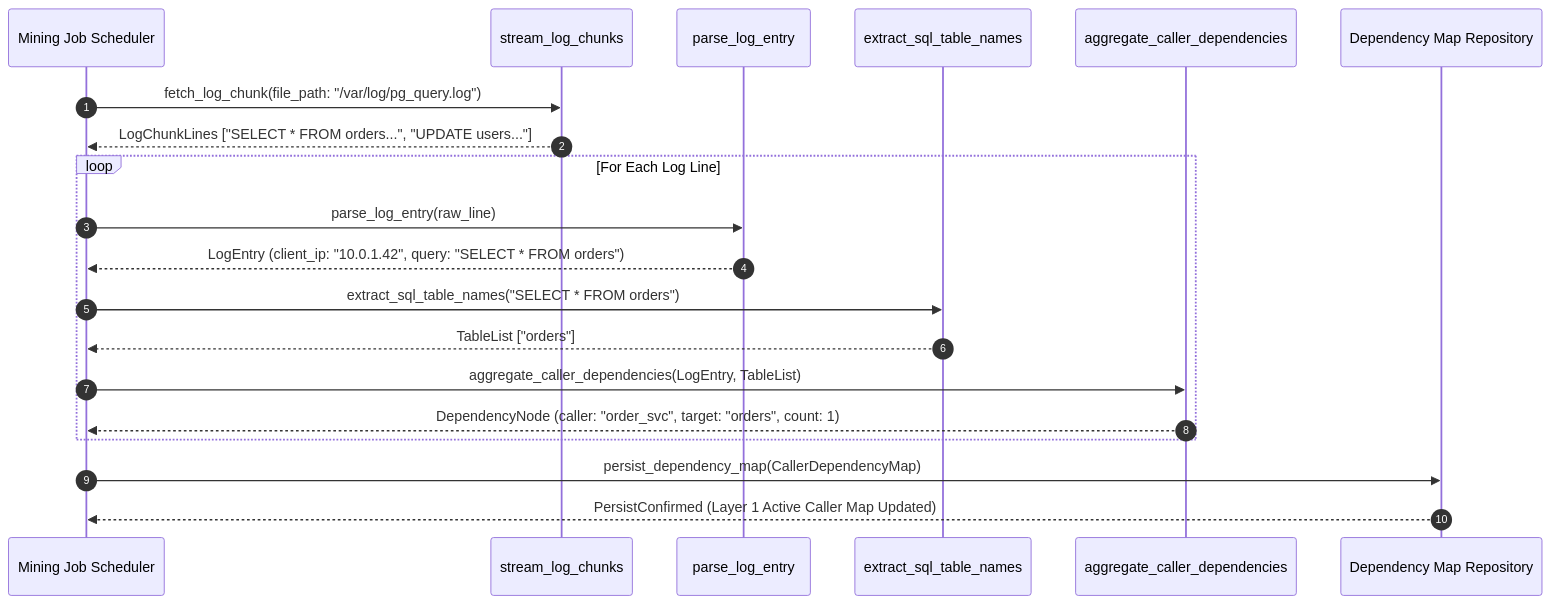
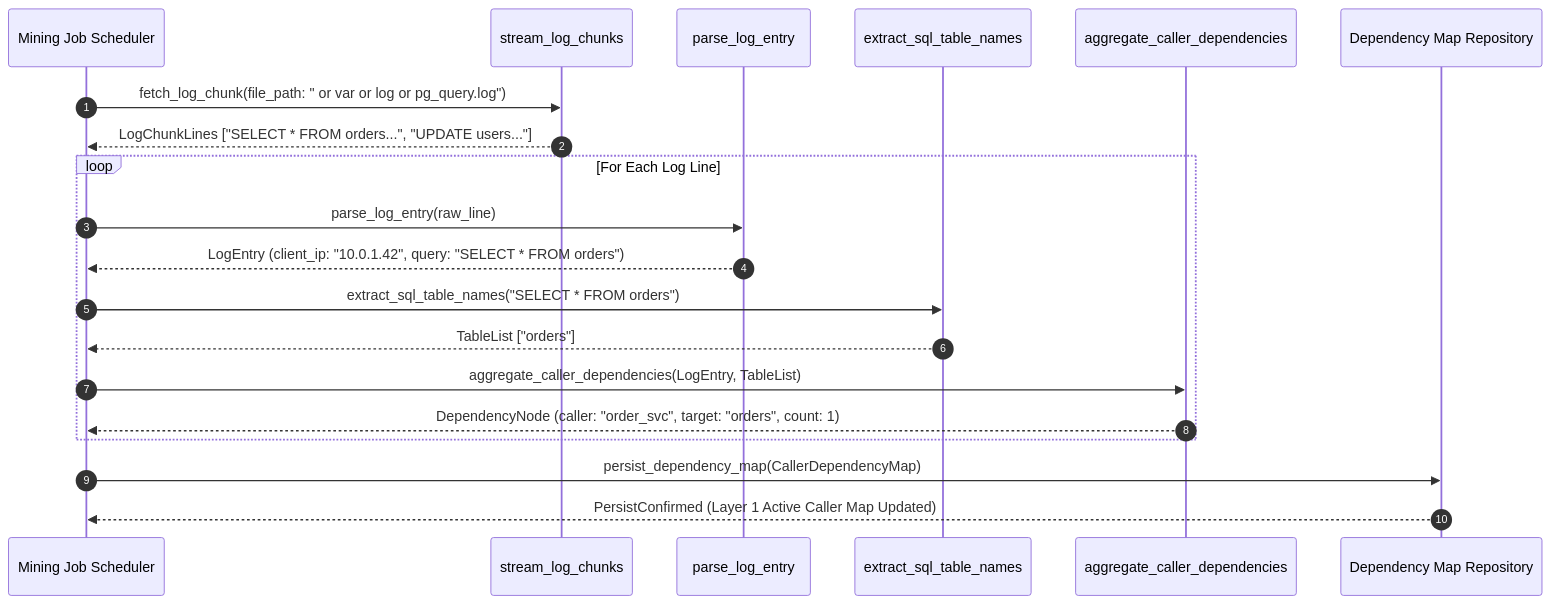
One commit to Chief-Strategist-J/llm-observability-platform changed the second of 2 diagrams in notebooks/runbooks/refs/05-dependency-discovery-and-log-mining/query-access-log-mining.md. Above: the diagram before and after it, drawn with Mermaid. The commit also changed 35 other files, not shown here.

Commit message:
fix(docs): resolve sequence diagram message label syntax errors across runbook suite

````diff
--- a/notebooks/runbooks/refs/05-dependency-discovery-and-log-mining/query-access-log-mining.md
+++ b/notebooks/runbooks/refs/05-dependency-discovery-and-log-mining/query-access-log-mining.md
@@ -61,27 +61,27 @@
 ```mermaid
 sequenceDiagram
     autonumber
     participant Scheduler as Mining Job Scheduler
     participant Streamer as stream_log_chunks
     participant Parser as parse_log_entry
     participant Extractor as extract_sql_table_names
     participant Aggregator as aggregate_caller_dependencies
     participant Store as Dependency Map Repository
 
-    Scheduler->>Streamer: fetch_log_chunk(file_path: "/var/log/pg_query.log")
+    Scheduler->>Streamer: fetch_log_chunk(file_path: " or var or log or pg_query.log")
     Streamer-->>Scheduler: LogChunkLines ["SELECT * FROM orders...", "UPDATE users..."]
 
     loop For Each Log Line
         Scheduler->>Parser: parse_log_entry(raw_line)
         Parser-->>Scheduler: LogEntry (client_ip: "10.0.1.42", query: "SELECT * FROM orders")
 
         Scheduler->>Extractor: extract_sql_table_names("SELECT * FROM orders")
         Extractor-->>Scheduler: TableList ["orders"]
 
         Scheduler->>Aggregator: aggregate_caller_dependencies(LogEntry, TableList)
         Aggregator-->>Scheduler: DependencyNode (caller: "order_svc", target: "orders", count: 1)
     end
 
     Scheduler->>Store: persist_dependency_map(CallerDependencyMap)
     Store-->>Scheduler: PersistConfirmed (Layer 1 Active Caller Map Updated)
 ```
````
